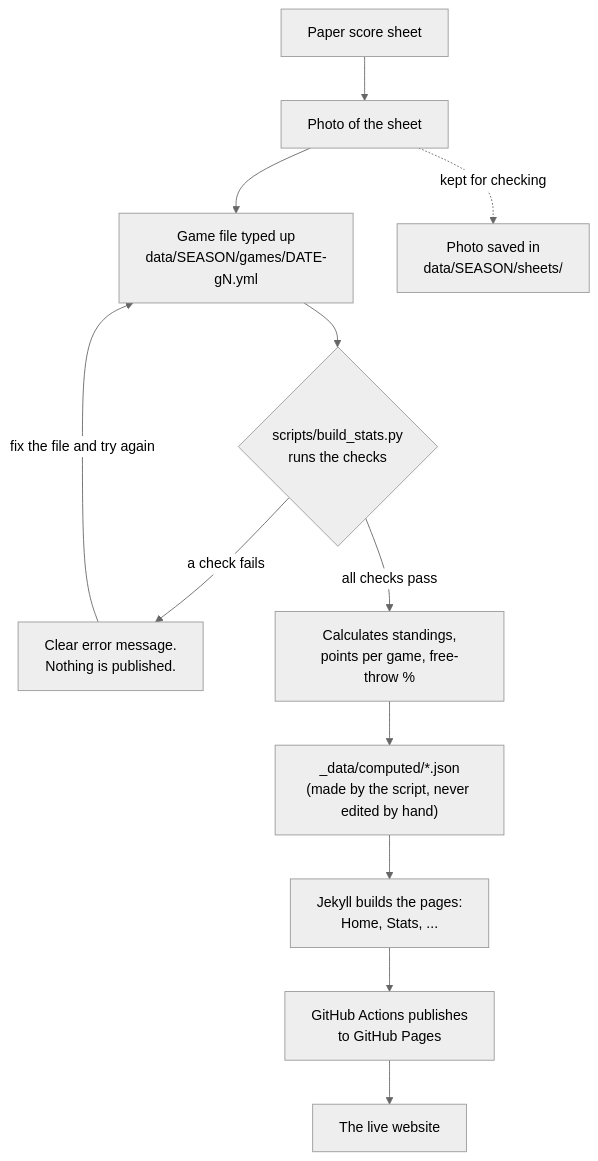
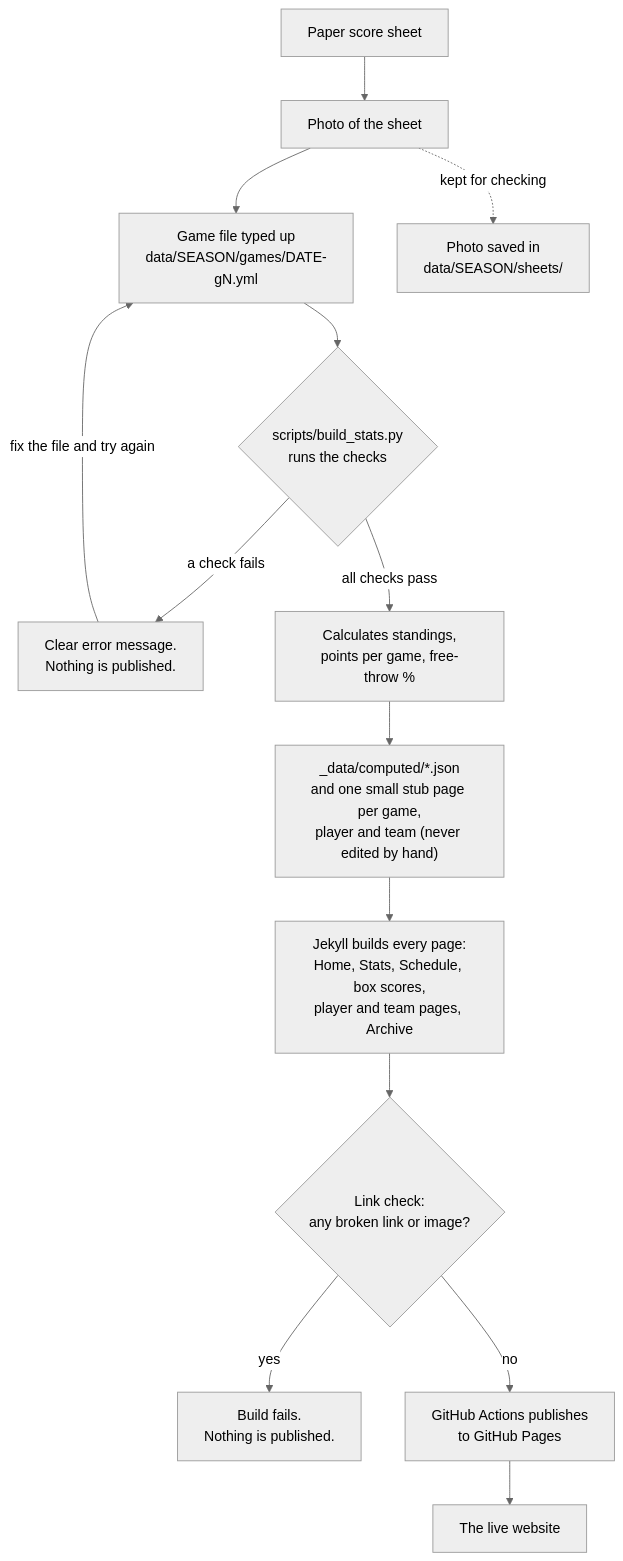
One commit to tb-masters-basketball/website changed the diagram in docs/stats-workflow.md. Above: the diagram before and after it, drawn with Mermaid (neutral theme). The commit also changed other lines of this file and 58 other files, not shown here.

````diff
--- a/docs/stats-workflow.md
+++ b/docs/stats-workflow.md
@@ -24,14 +24,16 @@
 ```mermaid
 flowchart TD
     A["Paper score sheet"] --> B["Photo of the sheet"]
     B --> C["Game file typed up<br/>data/SEASON/games/DATE-gN.yml"]
     B -. "kept for checking" .-> P["Photo saved in<br/>data/SEASON/sheets/"]
     C --> D{"scripts/build_stats.py<br/>runs the checks"}
     D -- "a check fails" --> E["Clear error message.<br/>Nothing is published."]
     E -- "fix the file and try again" --> C
     D -- "all checks pass" --> F["Calculates standings,<br/>points per game, free-throw %"]
-    F --> G["_data/computed/*.json<br/>(made by the script, never edited by hand)"]
-    G --> H["Jekyll builds the pages:<br/>Home, Stats, ..."]
-    H --> I["GitHub Actions publishes<br/>to GitHub Pages"]
+    F --> G["_data/computed/*.json<br/>and one small stub page per game,<br/>player and team (never edited by hand)"]
+    G --> H["Jekyll builds every page:<br/>Home, Stats, Schedule, box scores,<br/>player and team pages, Archive"]
+    H --> L{"Link check:<br/>any broken link or image?"}
+    L -- "yes" --> E2["Build fails.<br/>Nothing is published."]
+    L -- "no" --> I["GitHub Actions publishes<br/>to GitHub Pages"]
     I --> J["The live website"]
 ```
````
